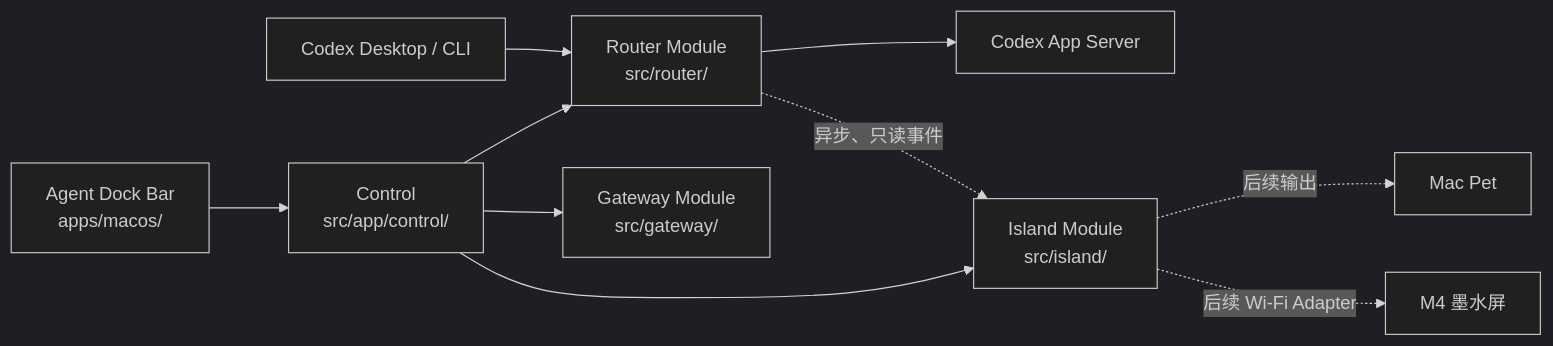
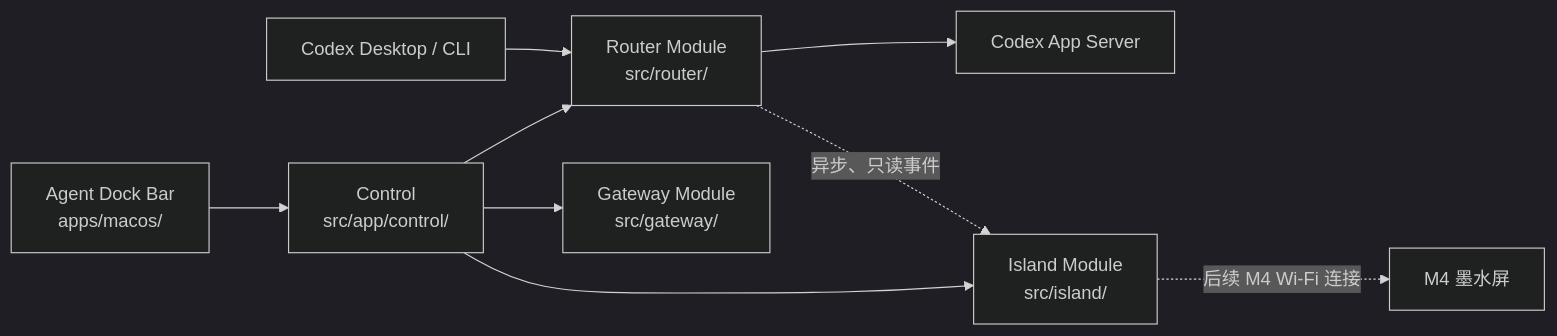
One commit to DeyunMa/agent-dock changed the diagram in docs/MODULE-PLAN.md. Above: the diagram before and after it, drawn with Mermaid (dark theme). The commit also changed other lines of this file and 10 other files, not shown here.

````diff
--- a/docs/MODULE-PLAN.md
+++ b/docs/MODULE-PLAN.md
@@ -28,14 +27,13 @@
 ```mermaid
 flowchart LR
   Desktop["Codex Desktop / CLI"] --> Router["Router Module\nsrc/router/"]
   Router --> Codex["Codex App Server"]
   Router -. "异步、只读事件" .-> Island["Island Module\nsrc/island/"]
 
   Shell["Agent Dock Bar\napps/macos/"] --> Control["Control\nsrc/app/control/"]
   Control --> Router
   Control --> Gateway["Gateway Module\nsrc/gateway/"]
   Control --> Island
 
-  Island -. "后续输出" .-> Pet["Mac Pet"]
-  Island -. "后续 Wi-Fi Adapter" .-> Eink["M4 墨水屏"]
+  Island -. "后续 M4 Wi-Fi 连接" .-> Eink["M4 墨水屏"]
 ```
````
